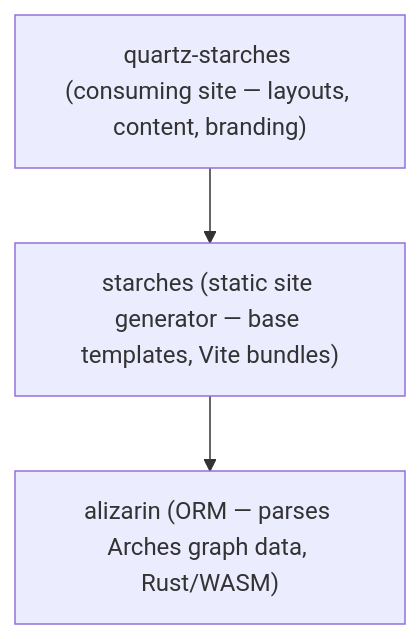
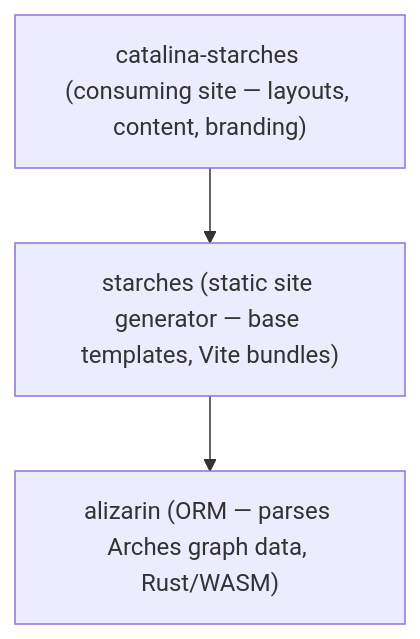
Before and after one commit to flaxandteal/catalina-starches: the diagram in README.md, drawn with Mermaid. The commit also changed other lines of this file, not shown here.

````diff
--- a/README.md
+++ b/README.md
@@ -18,5 +16,5 @@
 ```mermaid
 flowchart TB
-    A["quartz-starches (consuming site — layouts, content, branding)"] --> B["starches (static site generator — base templates, Vite bundles)"]
+    A["catalina-starches (consuming site — layouts, content, branding)"] --> B["starches (static site generator — base templates, Vite bundles)"]
     B --> C["alizarin (ORM — parses Arches graph data, Rust/WASM)"]
 ```
````
